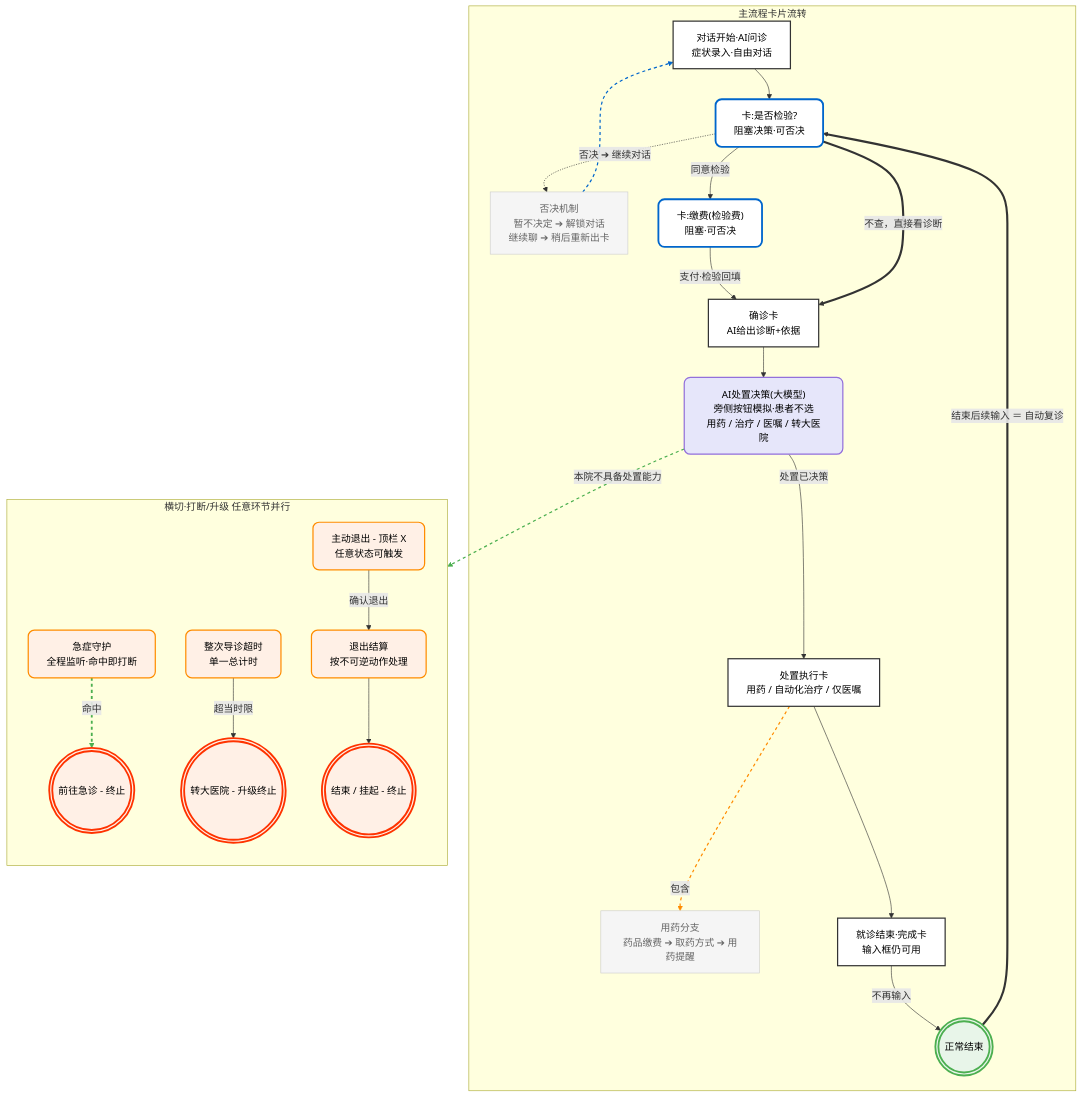
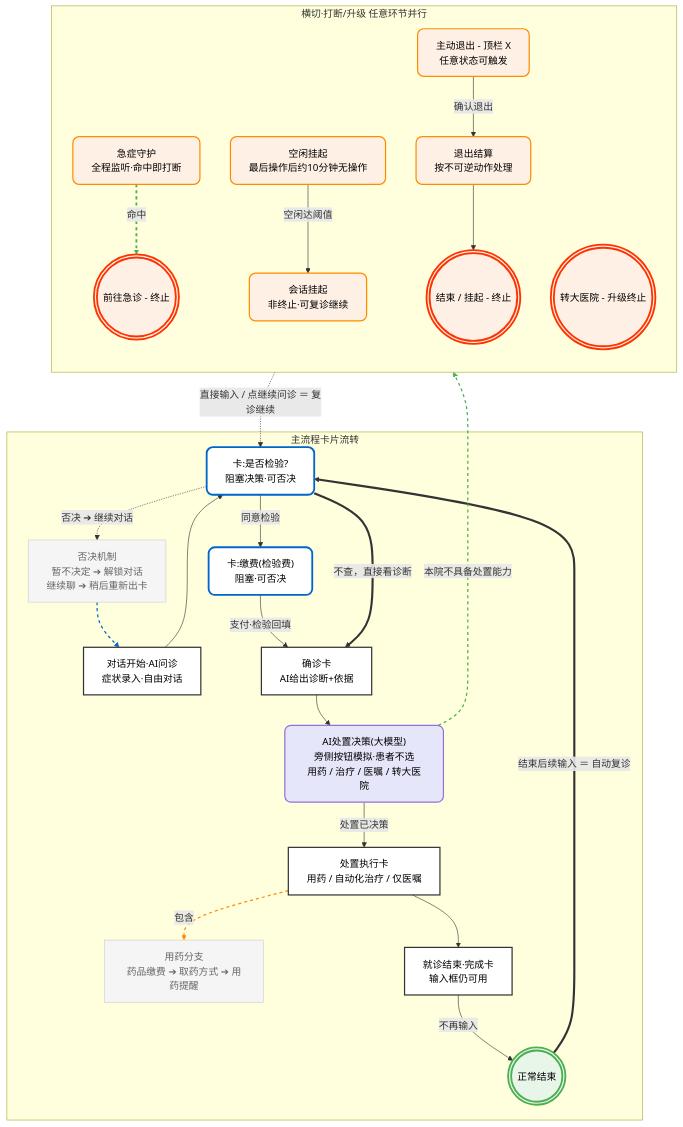
The diagram in agent-workspace/core-interaction-flow.md (neu-software-practice/neuhis-agent-front), drawn with Mermaid before and after one commit. The commit also changed other lines of this file and 39 other files, not shown here.

````diff
--- a/agent-workspace/core-interaction-flow.md
+++ b/agent-workspace/core-interaction-flow.md
@@ -26,72 +26,74 @@
 ```mermaid
 graph TD
     %% 样式定义
     classDef mainCard fill:#ffffff,stroke:#333,stroke-width:2px,color:#000
     classDef blockCard fill:#ffffff,stroke:#0066cc,stroke-width:3px,color:#000,rx:10,ry:10
     classDef aiDecision fill:#e6e6fa,stroke:#9370db,stroke-width:2px,color:#000,rx:10,ry:10
     classDef interrupt fill:#fff0e6,stroke:#ff8c00,stroke-width:2px,color:#000,rx:10,ry:10
     classDef terminate fill:#fff0e6,stroke:#ff3300,stroke-width:3px,color:#000,rx:20,ry:20
     classDef endNode fill:#e8f5e9,stroke:#4caf50,stroke-width:3px,color:#000,rx:20,ry:20
     classDef subNote fill:#f5f5f5,stroke:#ccc,stroke-width:1px,color:#666
 
     subgraph 主流程 [主流程卡片流转]
         A["对话开始·AI问诊<br/>症状录入·自由对话"]:::mainCard
         
         B["卡:是否检验?<br/>阻塞决策·可否决"]:::blockCard
         Veto["否决机制<br/>暂不决定 ➔ 解锁对话<br/>继续聊 ➔ 稍后重新出卡"]:::subNote
         
         C["卡:缴费(检验费)<br/>阻塞·可否决"]:::blockCard
         
         D["确诊卡<br/>AI给出诊断+依据"]:::mainCard
         
         E["AI处置决策(大模型)<br/>旁侧按钮模拟·患者不选<br/>用药 / 治疗 / 医嘱 / 转大医院"]:::aiDecision
         
         F["处置执行卡<br/>用药 / 自动化治疗 / 仅医嘱"]:::mainCard
         Med["用药分支<br/>药品缴费 ➔ 取药方式 ➔ 用药提醒"]:::subNote
         
         G["就诊结束·完成卡<br/>输入框仍可用"]:::mainCard
         
         H((("正常结束"))):::endNode
     end
 
     subgraph 全局并行 [横切·打断/升级 任意环节并行]
         direction TB
         I1["急症守护<br/>全程监听·命中即打断"]:::interrupt
         I2((("前往急诊 - 终止"))):::terminate
         
-        J1["整次导诊超时<br/>单一总计时"]:::interrupt
+        J1["空闲挂起<br/>最后操作后约10分钟无操作"]:::interrupt
         J2((("转大医院 - 升级终止"))):::terminate
+        J3["会话挂起<br/>非终止·可复诊继续"]:::interrupt
         
         K1["主动退出 - 顶栏 X<br/>任意状态可触发"]:::interrupt
         K2["退出结算<br/>按不可逆动作处理"]:::interrupt
         K3((("结束 / 挂起 - 终止"))):::terminate
     end
 
     %% 主流程连线
     A --> B
     B -- "同意检验" --> C
     C -- "支付·检验回填" --> D
     D --> E
     E -- "处置已决策" --> F
     F --> G
     G -- "不再输入" --> H
 
     %% 分支与特殊连线
     B -. "否决 ➔ 继续对话" .-> Veto
     Veto -.-> A
     B == "不查，直接看诊断" ==> D
     E -. "本院不具备处置能力" .-> J2
     F -. "包含" .-> Med
     H == "结束后续输入 ＝ 自动复诊" ==> B
 
     %% 并行打断连线
     I1 -- "命中" --> I2
-    J1 -- "超当时限" --> J2
+    J1 -- "空闲达阈值" --> J3
+    J3 -. "直接输入 / 点继续问诊 ＝ 复诊继续" .-> B
     K1 -- "确认退出" --> K2 --> K3
 
     %% 连线样式
     linkStyle 8 stroke:#0066cc,stroke-width:2px,stroke-dasharray: 5 5;
     linkStyle 10 stroke:#4caf50,stroke-width:2px,stroke-dasharray: 5 5;
     linkStyle 11 stroke:#ff8c00,stroke-width:2px,stroke-dasharray: 5 5;
     linkStyle 13 stroke:#4caf50,stroke-width:3px,stroke-dasharray: 5 5;
 ```
````
